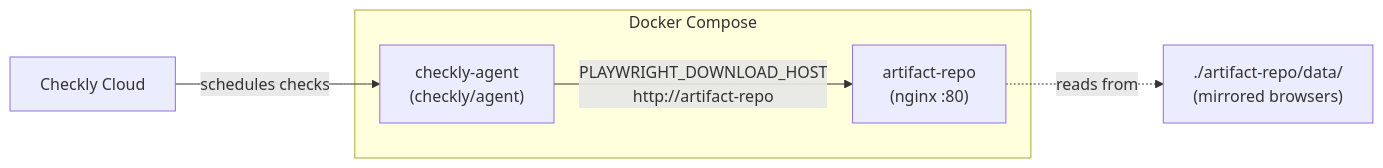
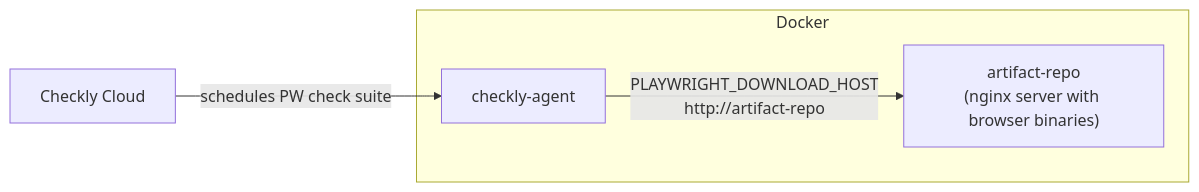
The diagram in README.md (checkly-solutions/pwcs-browser-artifact-repository), drawn with Mermaid before and after one commit.

Commit message:
Update README.md diagram

````diff
--- a/README.md
+++ b/README.md
@@ -14,10 +14,9 @@
 ```mermaid
 graph LR
-    subgraph Docker Compose
-        agent["checkly-agent<br/>(checkly/agent)"]
-        repo["artifact-repo<br/>(nginx :80)"]
+    subgraph Docker
+        agent["checkly-agent"]
+        repo["artifact-repo<br>(nginx server with browser binaries)"]
         agent -- "PLAYWRIGHT_DOWNLOAD_HOST<br/>http://artifact-repo" --> repo
     end
-    repo -. "reads from" .-> data["./artifact-repo/data/<br/>(mirrored browsers)"]
-    cloud["Checkly Cloud"] -- "schedules checks" --> agent
+    cloud["Checkly Cloud"] -- "schedules PW check suite" --> agent
 ```
````
